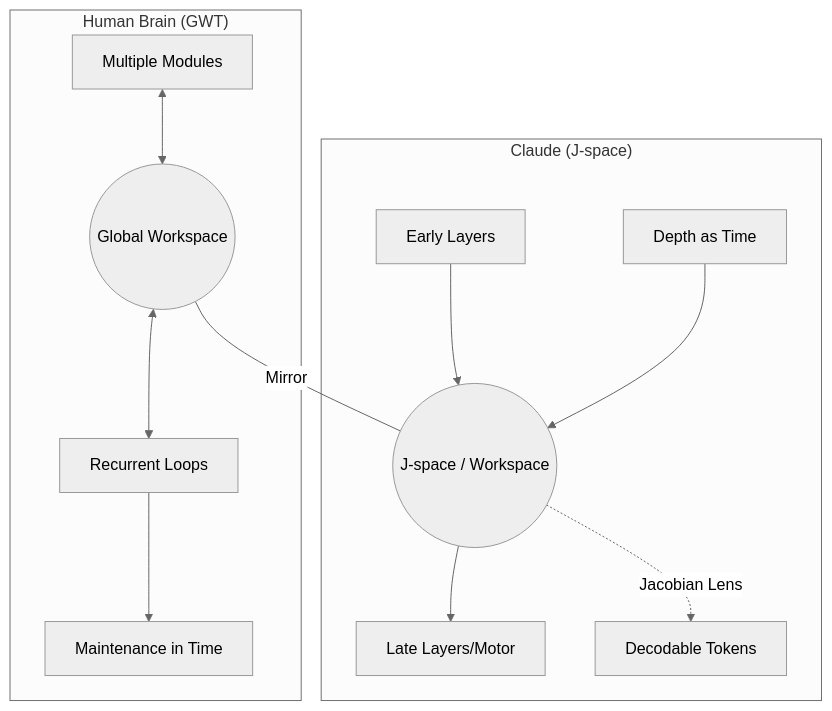
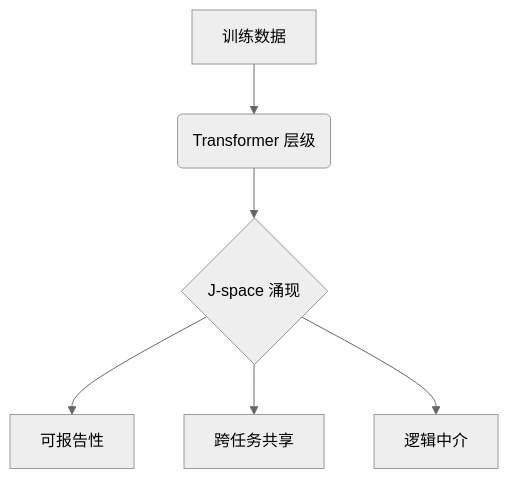
The first of 2 diagrams in content/posts/tech/anthropic-jspace-global-workspace-in-claude.md (A1pha3/text-matrix), drawn with Mermaid (neutral theme) before and after one commit. The commit also changed other lines of this file, not shown here.

````diff
--- a/content/posts/tech/anthropic-jspace-global-workspace-in-claude.md
+++ b/content/posts/tech/anthropic-jspace-global-workspace-in-claude.md
@@ -147,17 +47,8 @@
 ```mermaid
 graph TD
-    subgraph "Human Brain (GWT)"
-    A[Multiple Modules] <--> B((Global Workspace))
-    B <--> C[Recurrent Loops]
-    C --> D[Maintenance in Time]
-    end
-
-    subgraph "Claude (J-space)"
-    E[Early Layers] --> F((J-space / Workspace))
-    F --> G[Late Layers/Motor]
-    F -.->|Jacobian Lens| H[Decodable Tokens]
-    I[Depth as Time] --> F
-    end
-
-    B ---|Mirror| F
+    A[训练数据] --> B(Transformer 层级)
+    B --> C{J-space 涌现}
+    C --> D[可报告性]
+    C --> E[跨任务共享]
+    C --> F[逻辑中介]
 ```
````
